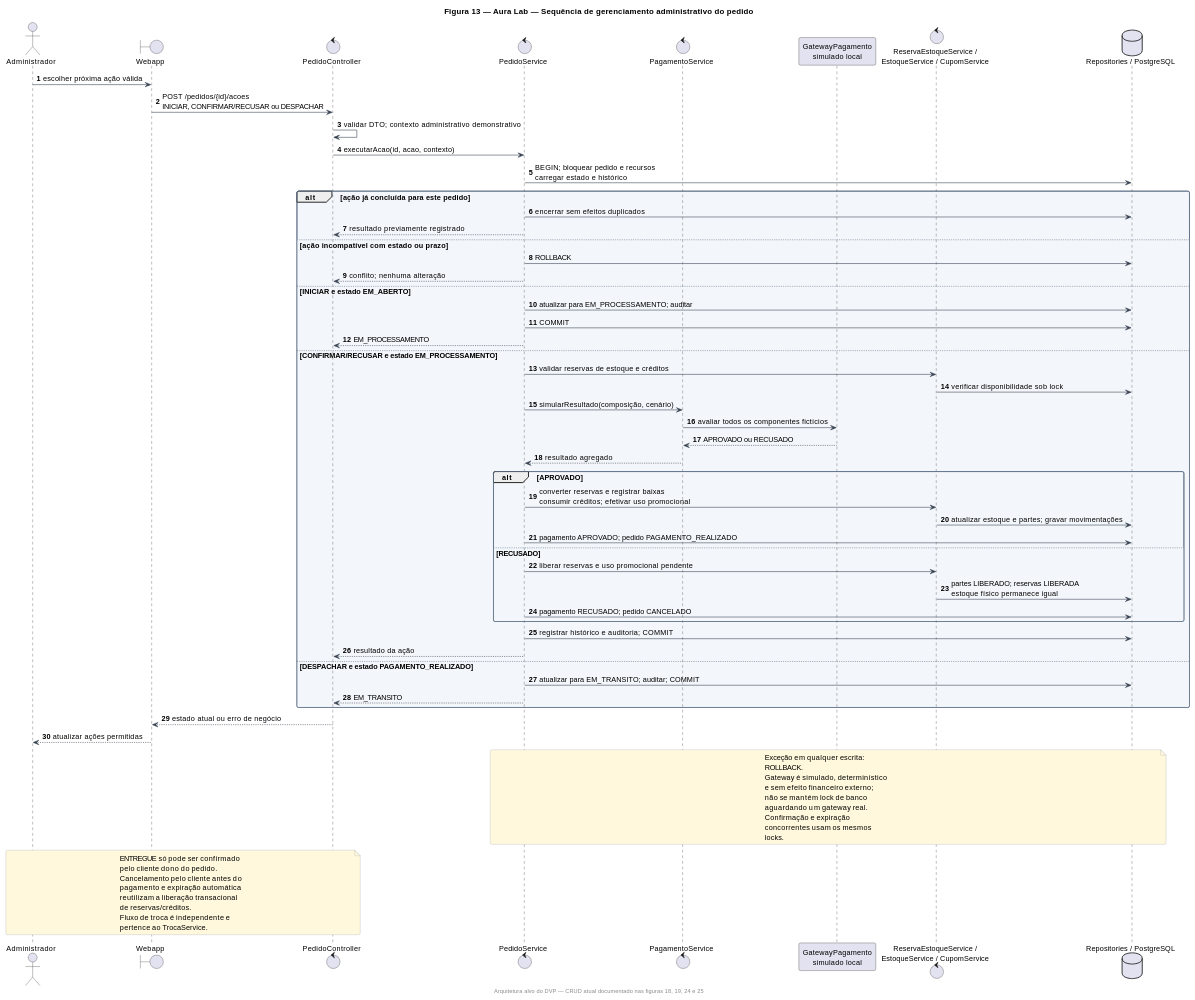
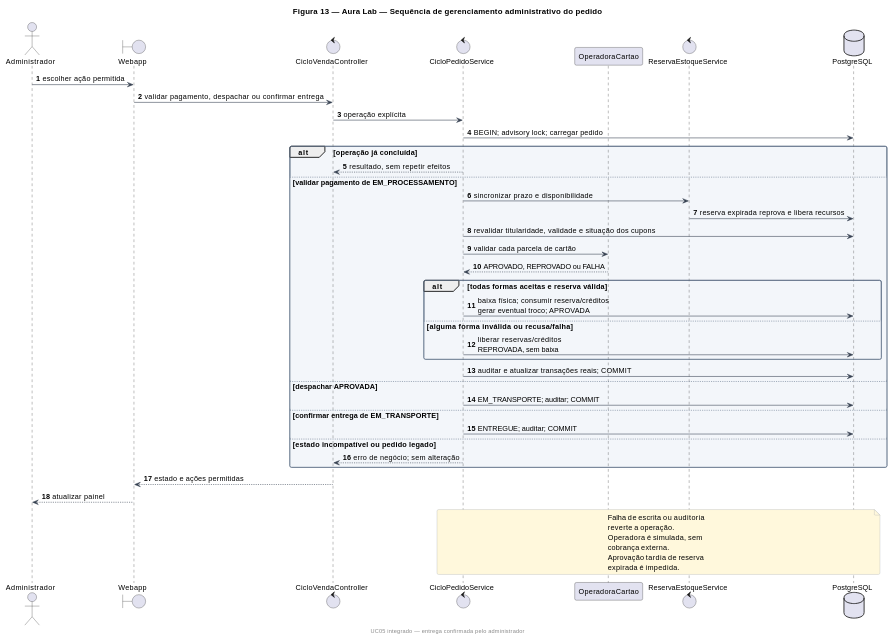
Before and after one commit to krisnarane/Aura_Lab: diagram 13 of 25 in docs/dvp-uml-2026/CODIGOS-UML.md, drawn with PlantUML. The commit also changed other lines of this file and 89 other files, not shown here.

````diff
--- a/docs/dvp-uml-2026/CODIGOS-UML.md
+++ b/docs/dvp-uml-2026/CODIGOS-UML.md
@@ -1079,6 +1067,6 @@
 ```plantuml
 @startuml
-footer Arquitetura alvo do DVP — CRUD atual documentado nas figuras 18, 19, 24 e 25
+footer UC05 integrado — entrega confirmada pelo administrador
 skinparam backgroundColor white
 skinparam shadowing false
 skinparam defaultFontName Arial
@@ -1101,63 +1089,42 @@
 autonumber
 actor Administrador as Admin
 boundary Webapp
-control PedidoController as API
-control PedidoService as Pedido
-control PagamentoService as Pagamento
-participant "GatewayPagamento\nsimulado local" as Gateway
-control "ReservaEstoqueService /\nEstoqueService / CupomService" as Recursos
-database "Repositories / PostgreSQL" as DB
-Admin -> Webapp : escolher próxima ação válida
-Webapp -> API : POST /pedidos/{id}/acoes\nINICIAR, CONFIRMAR/RECUSAR ou DESPACHAR
-API -> API : validar DTO; contexto administrativo demonstrativo
-API -> Pedido : executarAcao(id, acao, contexto)
-Pedido -> DB : BEGIN; bloquear pedido e recursos\ncarregar estado e histórico
-alt ação já concluída para este pedido
-  Pedido -> DB : encerrar sem efeitos duplicados
-  Pedido --> API : resultado previamente registrado
-else ação incompatível com estado ou prazo
-  Pedido -> DB : ROLLBACK
-  Pedido --> API : conflito; nenhuma alteração
-else INICIAR e estado EM_ABERTO
-  Pedido -> DB : atualizar para EM_PROCESSAMENTO; auditar
-  Pedido -> DB : COMMIT
-  Pedido --> API : EM_PROCESSAMENTO
-else CONFIRMAR/RECUSAR e estado EM_PROCESSAMENTO
-  Pedido -> Recursos : validar reservas de estoque e créditos
-  Recursos -> DB : verificar disponibilidade sob lock
-  Pedido -> Pagamento : simularResultado(composição, cenário)
-  Pagamento -> Gateway : avaliar todos os componentes fictícios
-  Gateway --> Pagamento : APROVADO ou RECUSADO
-  Pagamento --> Pedido : resultado agregado
-  alt APROVADO
-    Pedido -> Recursos : converter reservas e registrar baixas\nconsumir créditos; efetivar uso promocional
-    Recursos -> DB : atualizar estoque e partes; gravar movimentações
-    Pedido -> DB : pagamento APROVADO; pedido PAGAMENTO_REALIZADO
-  else RECUSADO
-    Pedido -> Recursos : liberar reservas e uso promocional pendente
-    Recursos -> DB : partes LIBERADO; reservas LIBERADA\nestoque físico permanece igual
-    Pedido -> DB : pagamento RECUSADO; pedido CANCELADO
-  end
-  Pedido -> DB : registrar histórico e auditoria; COMMIT
-  Pedido --> API : resultado da ação
-else DESPACHAR e estado PAGAMENTO_REALIZADO
-  Pedido -> DB : atualizar para EM_TRANSITO; auditar; COMMIT
-  Pedido --> API : EM_TRANSITO
+control CicloVendaController as API
+control CicloPedidoService as Pedido
+participant OperadoraCartao as Gateway
+control ReservaEstoqueService as Reserva
+database PostgreSQL as DB
+Admin -> Webapp : escolher ação permitida
+Webapp -> API : validar pagamento, despachar ou confirmar entrega
+API -> Pedido : operação explícita
+Pedido -> DB : BEGIN; advisory lock; carregar pedido
+alt operação já concluída
+ Pedido --> API : resultado, sem repetir efeitos
+else validar pagamento de EM_PROCESSAMENTO
+ Pedido -> Reserva : sincronizar prazo e disponibilidade
+ Reserva -> DB : reserva expirada reprova e libera recursos
+ Pedido -> DB : revalidar titularidade, validade e situação dos cupons
+ Pedido -> Gateway : validar cada parcela de cartão
+ Gateway --> Pedido : APROVADO, REPROVADO ou FALHA
+ alt todas formas aceitas e reserva válida
+  Pedido -> DB : baixa física; consumir reserva/créditos\ngerar eventual troco; APROVADA
+ else alguma forma inválida ou recusa/falha
+  Pedido -> DB : liberar reservas/créditos\nREPROVADA, sem baixa
+ end
+ Pedido -> DB : auditar e atualizar transações reais; COMMIT
+else despachar APROVADA
+ Pedido -> DB : EM_TRANSPORTE; auditar; COMMIT
+else confirmar entrega de EM_TRANSPORTE
+ Pedido -> DB : ENTREGUE; auditar; COMMIT
+else estado incompatível ou pedido legado
+ Pedido --> API : erro de negócio; sem alteração
 end
-API --> Webapp : estado atual ou erro de negócio
-Webapp --> Admin : atualizar ações permitidas
+API --> Webapp : estado e ações permitidas
+Webapp --> Admin : atualizar painel
 note over Pedido, DB
-  Exceção em qualquer escrita: ROLLBACK.
-  Gateway é simulado, determinístico e sem efeito financeiro externo;
-  não se mantém lock de banco aguardando um gateway real.
-  Confirmação e expiração concorrentes usam os mesmos locks.
+ Falha de escrita ou auditoria reverte a operação.
+ Operadora é simulada, sem cobrança externa.
+ Aprovação tardia de reserva expirada é impedida.
 end note
-note over Admin, API
-  ENTREGUE só pode ser confirmado pelo cliente dono do pedido.
-  Cancelamento pelo cliente antes do pagamento e expiração automática
-  reutilizam a liberação transacional de reservas/créditos.
-  Fluxo de troca é independente e pertence ao TrocaService.
-end note
-
 @enduml
 ```
````
